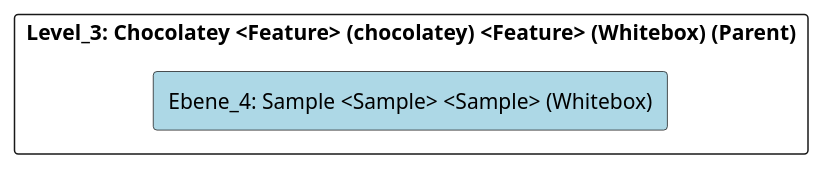
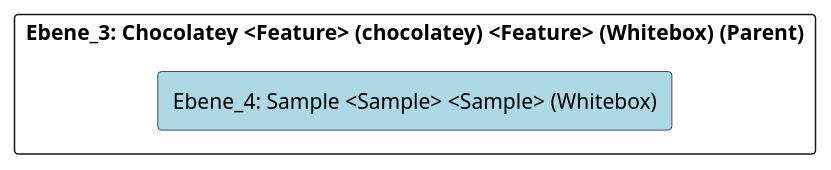
Before and after one commit to marcozwyssig/cleon: the diagram in doc/cleonproject_deliverables_architecture_model_architecture/adoc/de/05_bausteinsicht/cleon/operational_methods/chocolatey/sample/ebene_4_sample.adoc, drawn with PlantUML. The commit also changed other lines of this file and 620 other files, not shown here.

```diff
--- a/doc/cleonproject_deliverables_architecture_model_architecture/adoc/de/05_bausteinsicht/cleon/operational_methods/chocolatey/sample/ebene_4_sample.adoc
+++ b/doc/cleonproject_deliverables_architecture_model_architecture/adoc/de/05_bausteinsicht/cleon/operational_methods/chocolatey/sample/ebene_4_sample.adoc
@@ -20,24 +20,24 @@
 [plantuml, Ebene_4: Sample <Sample> <Sample> (Whitebox)BlockOverview, format="svg"]
 ----
 @startuml Ebene_4: Sample <Sample> <Sample> (Whitebox)BuildingBlockOverview
 
 skinparam ranksep 10
 skinparam componentStyle rectangle
 skinparam shadowing false
 skinparam arrowColor lightblue
 skinparam arrowThickness 1.2
 skinparam rectangle {
   BackgroundColor White
   BorderColor #333
   RoundCorner 10
 }
 top to bottom direction
 
-component "Level_3: Chocolatey <Feature> (chocolatey) <Feature> (Whitebox) (Parent)" {
+component "Ebene_3: Chocolatey <Feature> (chocolatey) <Feature> (Whitebox) (Parent)" {
     component "Ebene_4: Sample <Sample> <Sample> (Whitebox)" #lightblue {
     }
 
 }
 
 @enduml
 ----
```
